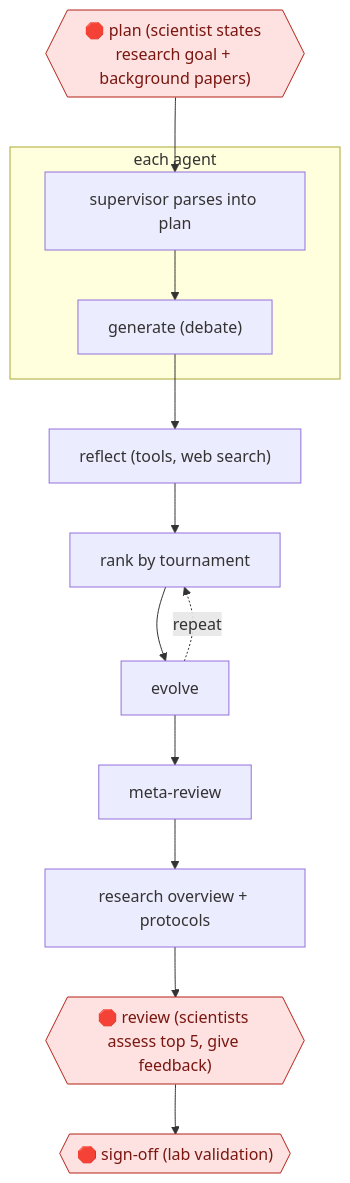
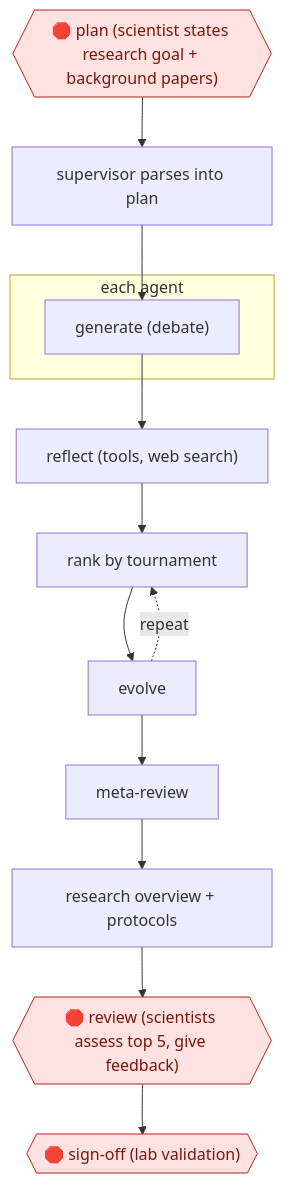
One commit to milesradford99/agent-workflow-atlas changed the diagram in workflows/PRO/RES/LITREV/hypothesis-tournament/README.md. Above: the diagram before and after it, drawn with Mermaid. The commit also changed other lines of this file and 171 other files, not shown here.

````diff
--- a/workflows/PRO/RES/LITREV/hypothesis-tournament/README.md
+++ b/workflows/PRO/RES/LITREV/hypothesis-tournament/README.md
@@ -31,26 +31,26 @@
 ```mermaid
 flowchart TD
   n1{{"🛑 plan (scientist states research goal + background papers)"}}:::stop
   n2["supervisor parses into plan"]
-  n1 --> n2
   subgraph s3["each agent"]
   n4["generate (debate)"]
-  n2 --> n4
   end
   n5["reflect (tools, web search)"]
+  n6["rank by tournament"]
+  n7["evolve"]
+  n8["meta-review"]
+  n9["research overview + protocols"]
+  n10{{"🛑 review (scientists assess top 5, give feedback)"}}:::stop
+  n11{{"🛑 sign-off (lab validation)"}}:::stop
+  n1 --> n2
+  n2 --> n4
   n4 --> n5
-  n6["rank by tournament"]
   n5 --> n6
-  n7["evolve"]
   n6 --> n7
   n7 -.->|repeat| n6
-  n8["meta-review"]
   n7 --> n8
-  n9["research overview + protocols"]
   n8 --> n9
-  n10{{"🛑 review (scientists assess top 5, give feedback)"}}:::stop
   n9 --> n10
-  n11{{"🛑 sign-off (lab validation)"}}:::stop
   n10 --> n11
   classDef stop fill:#fde2e1,stroke:#b42318,color:#7a1610
 ```
````
